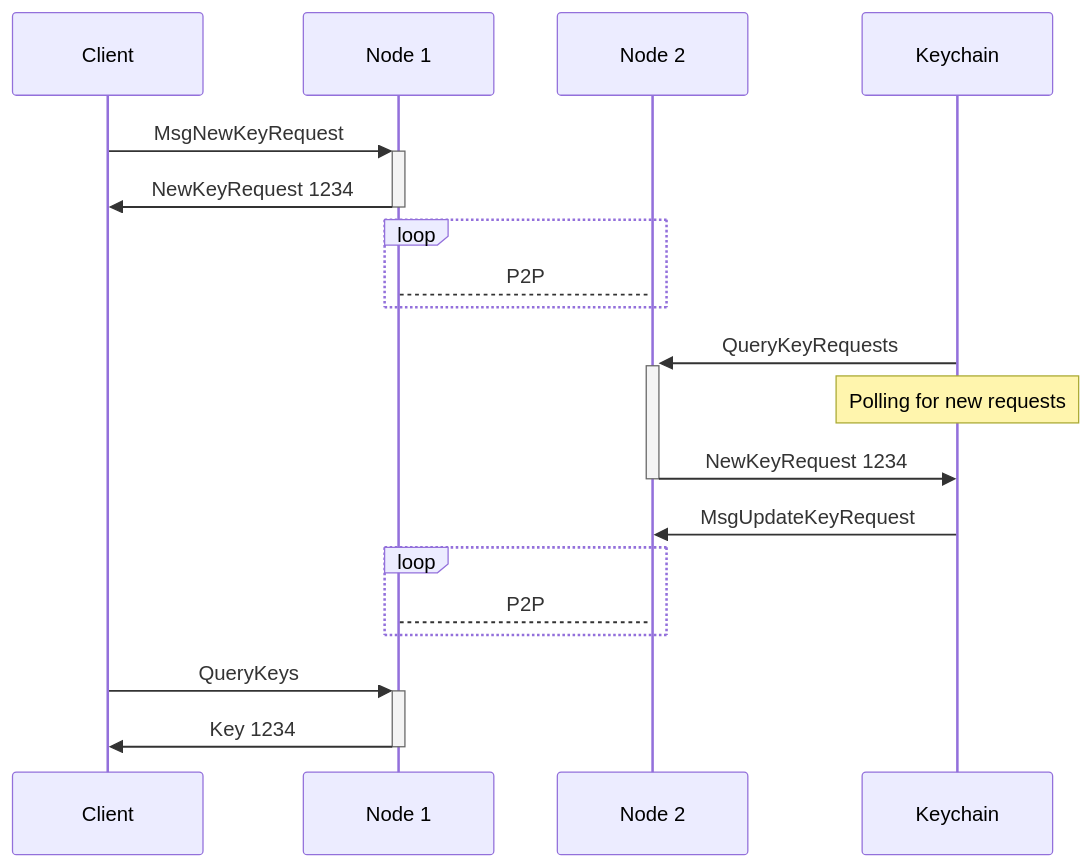
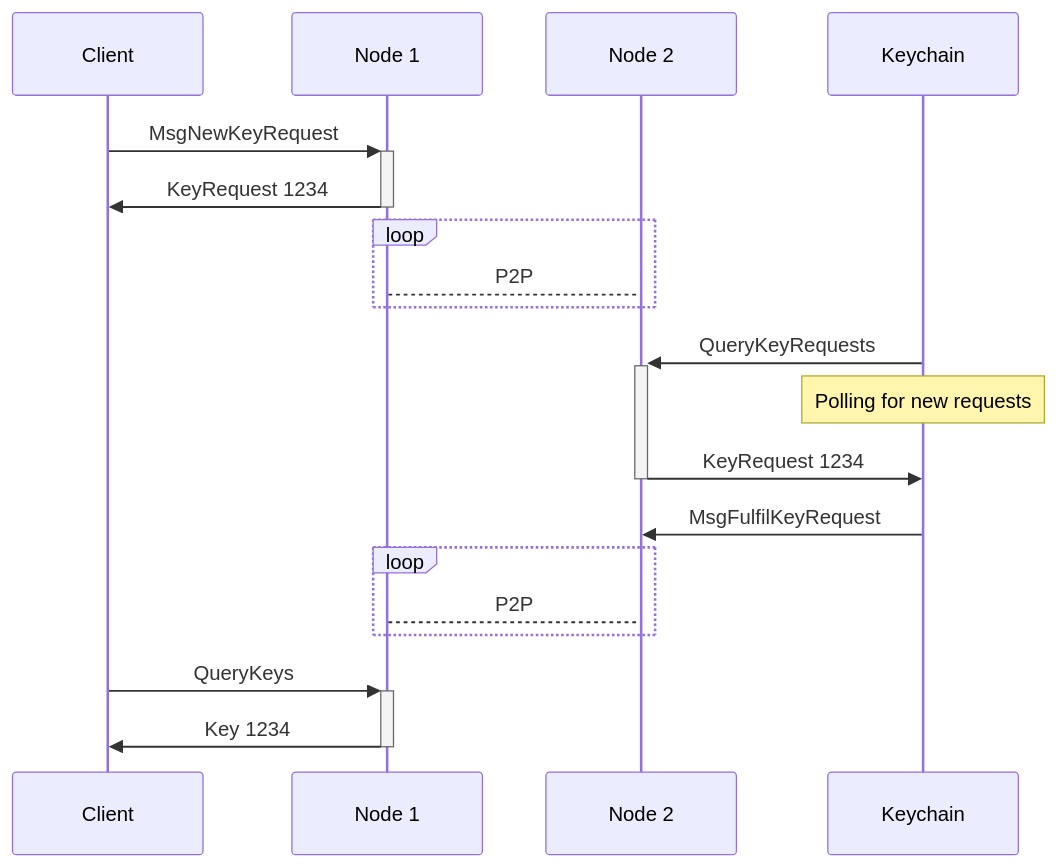
One commit to warden-protocol/wardenprotocol changed the first of 2 diagrams in docs/docs/learn/request-flow.md. Above: the diagram before and after it, drawn with Mermaid. The commit also changed other lines of this file and 5 other files, not shown here.

Commit message:
keychain quick start, request flow, glossary

````diff
--- a/docs/docs/learn/request-flow.md
+++ b/docs/docs/learn/request-flow.md
@@ -65,21 +65,21 @@
 ```mermaid
 sequenceDiagram
     Client->>+Node 1: MsgNewKeyRequest
-    Node 1->>-Client: NewKeyRequest 1234
+    Node 1->>-Client: KeyRequest 1234
 
     loop
         Node 1-->Node 2: P2P
     end
 
     Keychain->>+Node 2: QueryKeyRequests
     note over Keychain: Polling for new requests
-    Node 2->>-Keychain: NewKeyRequest 1234
-    Keychain->>Node 2: MsgUpdateKeyRequest
+    Node 2->>-Keychain: KeyRequest 1234
+    Keychain->>Node 2: MsgFulfilKeyRequest
 
     loop
         Node 1-->Node 2: P2P
     end
 
     Client->>+Node 1: QueryKeys
     Node 1->>-Client: Key 1234
 ```
````
